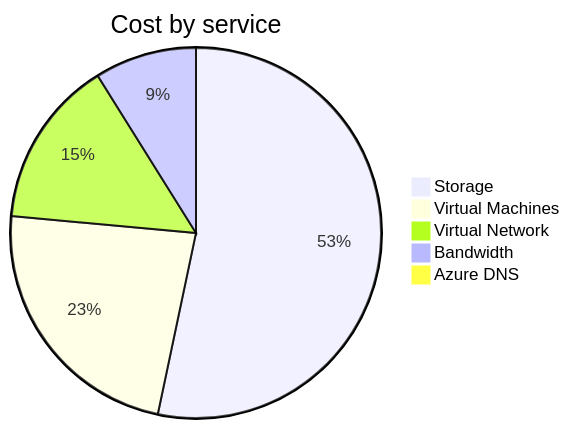
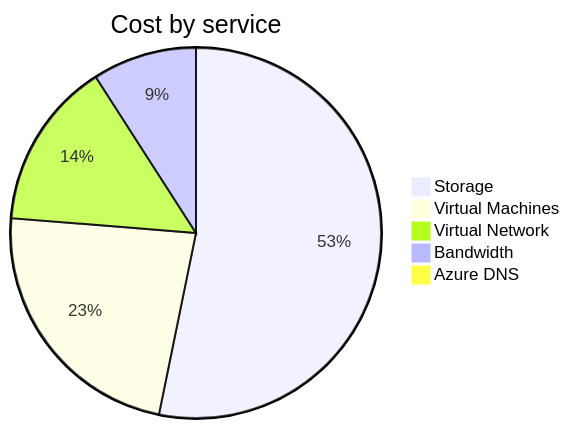
Before and after one commit to jpfulton/azure-personal-reports: the second of 4 diagrams in cost-reports/personal-network/README.md, drawn with Mermaid. The commit also changed other lines of this file and 8 other files, not shown here.

````diff
--- a/cost-reports/personal-network/README.md
+++ b/cost-reports/personal-network/README.md
@@ -97,9 +97,9 @@
 ```mermaid
 pie
    title Cost by service
-   "Storage" : 21.76
-   "Virtual Machines" : 9.45
-   "Virtual Network" : 5.98
-   "Bandwidth" : 3.63
-   "Azure DNS" : 0.40
+   "Storage" : 22.65
+   "Virtual Machines" : 9.82
+   "Virtual Network" : 6.23
+   "Bandwidth" : 3.87
+   "Azure DNS" : 0.42
 ```
````
